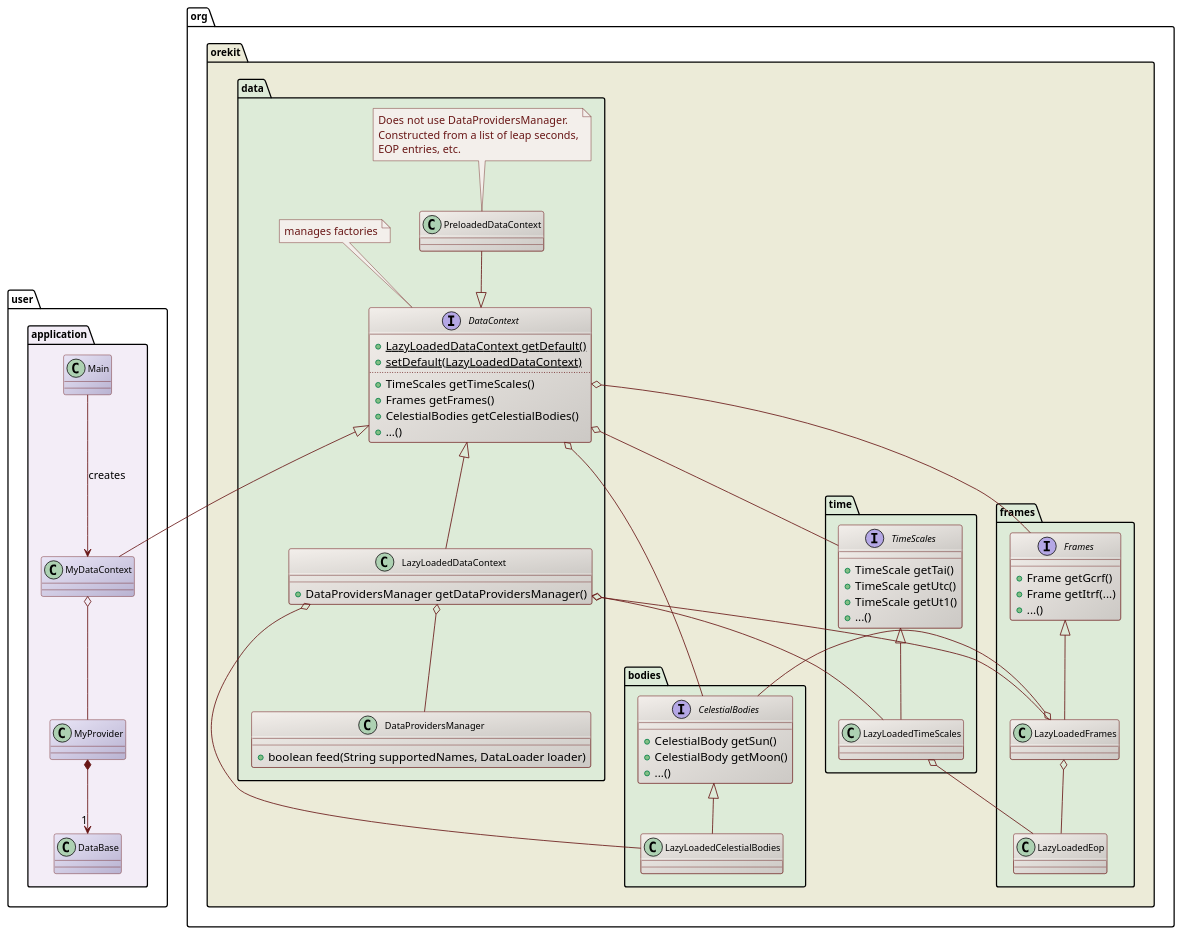
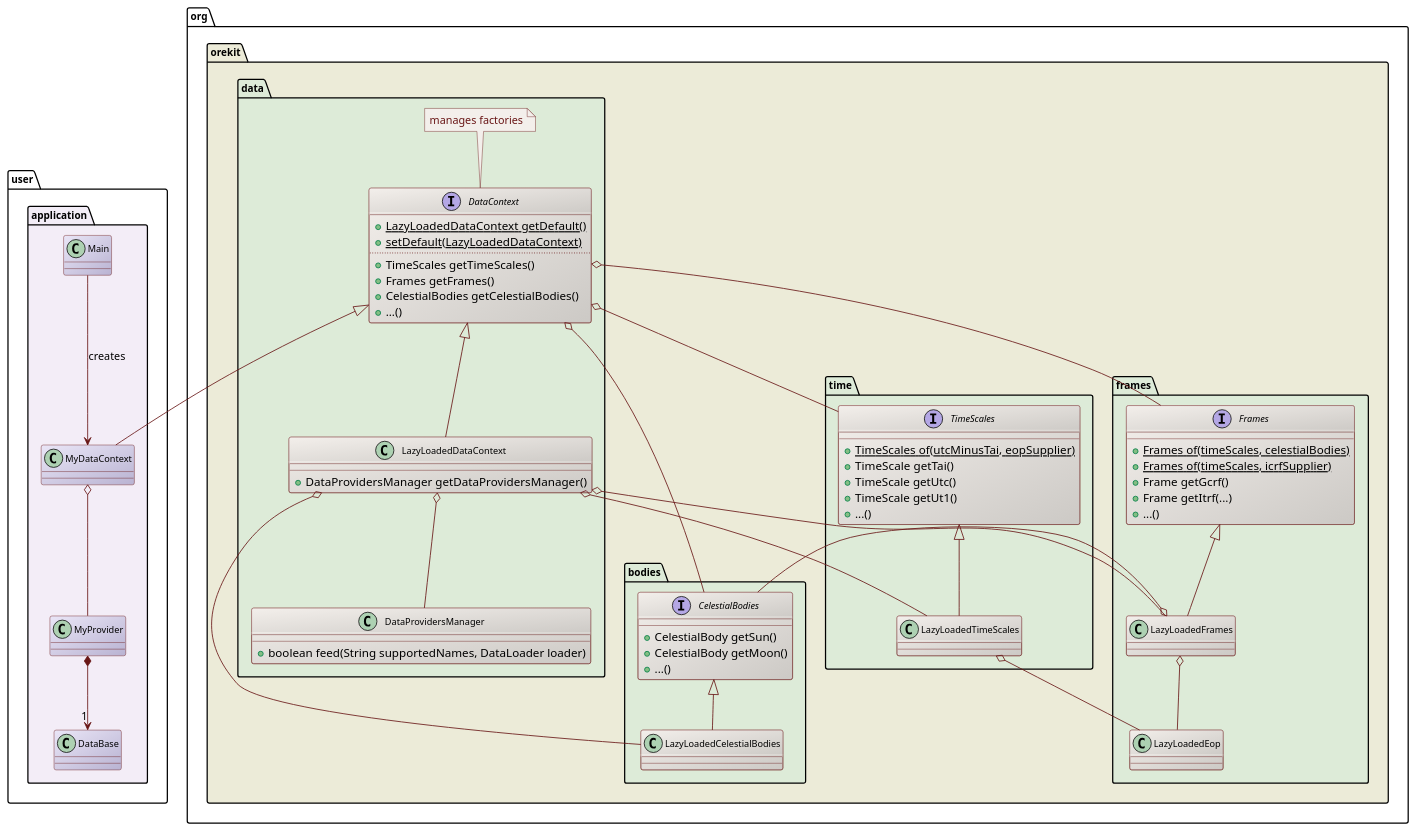
The diagram in src/design/data-context-class-diagram.puml (CS-SI/Orekit), drawn with PlantUML before and after one commit. The commit also changed 9 other files, not shown here.

```diff
--- a/src/design/data-context-class-diagram.puml
+++ b/src/design/data-context-class-diagram.puml
@@ -17,117 +17,112 @@
 @startuml
 
   skinparam svek                  true
   skinparam ClassBackgroundColor  #F3EFEB/CCC9C5
   skinparam ClassArrowColor       #691616
   skinparam ClassBorderColor      #691616
   skinparam NoteBackgroundColor   #F3EFEB
   skinparam NoteBorderColor       #691616
   skinparam NoteFontColor         #691616
   skinparam ClassFontSize         11
   skinparam PackageFontSize       12
 
   package org.orekit #ECEBD8 {
 
     package data #DDEBD8 {
-
-      class PreloadedDataContext
-      note top
-        Does not use DataProvidersManager.
-        Constructed from a list of leap seconds,
-        EOP entries, etc.
-      end note
 
       interface DataContext {
         + {static} LazyLoadedDataContext getDefault()
         + {static} setDefault(LazyLoadedDataContext)
         ..
         +TimeScales getTimeScales()
         +Frames getFrames()
         +CelestialBodies getCelestialBodies()
         +...()
       }
       note top
         manages factories
       end note
 
       class LazyLoadedDataContext {
         +DataProvidersManager getDataProvidersManager()
       }
 
       class DataProvidersManager {
         +boolean feed(String supportedNames, DataLoader loader)
       }
 
       LazyLoadedDataContext o--  DataProvidersManager
-      PreloadedDataContext  --|> DataContext
       DataContext           <|-- LazyLoadedDataContext
 
     }
 
     package time #DDEBD8 {
       interface TimeScales {
+        {static} +TimeScales of(utcMinusTai, eopSupplier)
         +TimeScale getTai()
         +TimeScale getUtc()
         +TimeScale getUt1()
         +...()
       }
 
       DataContext o-- TimeScales
 
       class LazyLoadedTimeScales
 
       TimeScales            <|-- LazyLoadedTimeScales
       LazyLoadedDataContext o--  LazyLoadedTimeScales
 
     }
 
     package bodies #DDEBD8 {
       interface CelestialBodies{
         +CelestialBody getSun()
         +CelestialBody getMoon()
         +...()
       }
 
       class LazyLoadedCelestialBodies
 
       DataContext           o--  CelestialBodies
       CelestialBodies       <|-- LazyLoadedCelestialBodies
       LazyLoadedDataContext o--  LazyLoadedCelestialBodies
 
     }
 
     package frames #DDEBD8 {
 
       interface Frames {
+        {static} +Frames of(timeScales, celestialBodies)
+        {static} +Frames of(timeScales, icrfSupplier)
         +Frame getGcrf()
         +Frame getItrf(...)
         +...()
       }
 
       class LazyLoadedFrames
 
       class LazyLoadedEop
  
       DataContext           o--      Frames
       Frames                <|--     LazyLoadedFrames
       LazyLoadedTimeScales  o--      LazyLoadedEop
       LazyLoadedFrames      o--      LazyLoadedEop
       LazyLoadedFrames      o-right- CelestialBodies
       LazyLoadedDataContext o--      LazyLoadedFrames 
 
     }
 
   }
 
   package user.application #F3EDF7 {
     class MyDataContext #EAE6F7/B9B3D2
     class MyProvider    #EAE6F7/B9B3D2
     class DataBase      #EAE6F7/B9B3D2
     class Main          #EAE6F7/B9B3D2
     DataContext   <|--     MyDataContext
     MyDataContext o--      MyProvider
     Main          -->      MyDataContext : creates
     MyProvider    *--> "1" DataBase
   }
 
 @enduml
```
